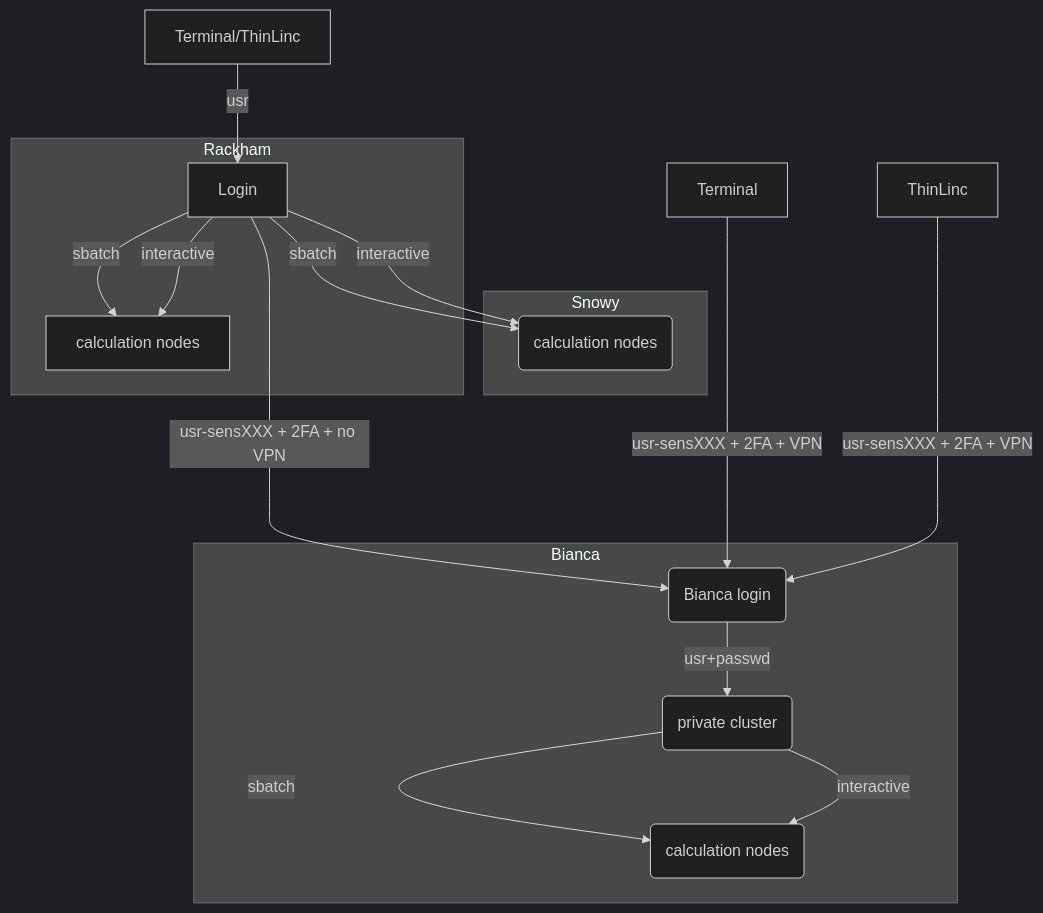
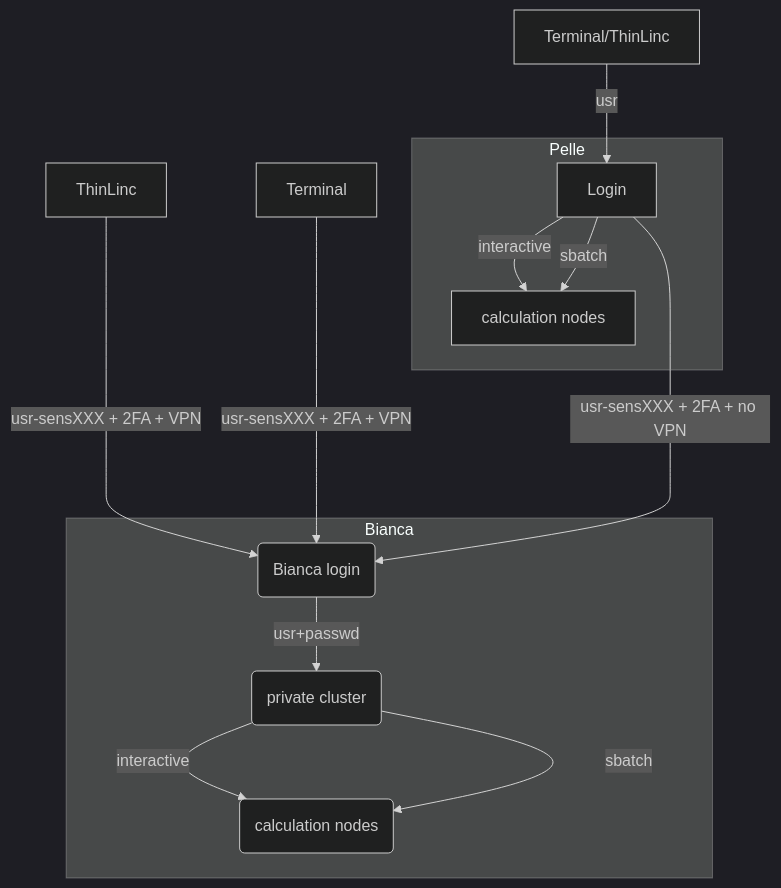
Before and after one commit to richelbilderbeek/R-Julia-MATLAB-course-mirror: the first of 2 diagrams in docs/common/hpc_clusters.md, drawn with Mermaid (dark theme). The commit also changed 33 other files, not shown here.

````diff
--- a/docs/common/hpc_clusters.md
+++ b/docs/common/hpc_clusters.md
@@ -101,25 +101,19 @@
 ```mermaid
-  graph TB
+graph TB
 
-  Node1 -- interactive --> SubGraph2Flow
-  Node1 -- sbatch --> SubGraph2Flow
-  subgraph "Snowy"
-  SubGraph2Flow(calculation nodes)
-        end
+    ThinLinc -- usr-sensXXX + 2FA + VPN ----> SubGraph1Flow
+    Terminal/ThinLinc -- usr --> Node1
+    Terminal -- usr-sensXXX + 2FA + VPN ----> SubGraph1Flow
+    Node1 -- usr-sensXXX + 2FA + no VPN ----> SubGraph1Flow
 
-        ThinLinc -- usr-sensXXX + 2FA + VPN ----> SubGraph1Flow
-        Terminal/ThinLinc -- usr --> Node1
-        Terminal -- usr-sensXXX + 2FA + VPN ----> SubGraph1Flow
-        Node1 -- usr-sensXXX + 2FA + no VPN ----> SubGraph1Flow
+    subgraph "Bianca"
+      SubGraph1Flow(Bianca login) -- usr+passwd --> private(private cluster)
+      private -- interactive --> calcB(calculation nodes)
+      private -- sbatch --> calcB
+    end
 
-        subgraph "Bianca"
-        SubGraph1Flow(Bianca login) -- usr+passwd --> private(private cluster)
-        private -- interactive --> calcB(calculation nodes)
-        private -- sbatch --> calcB
-        end
-
-        subgraph "Rackham"
-        Node1[Login] -- interactive --> Node2[calculation nodes]
-        Node1 -- sbatch --> Node2
-        end
+    subgraph "Pelle"
+      Node1[Login] -- interactive --> Node2[calculation nodes]
+      Node1 -- sbatch --> Node2
+    end
 ```
````
